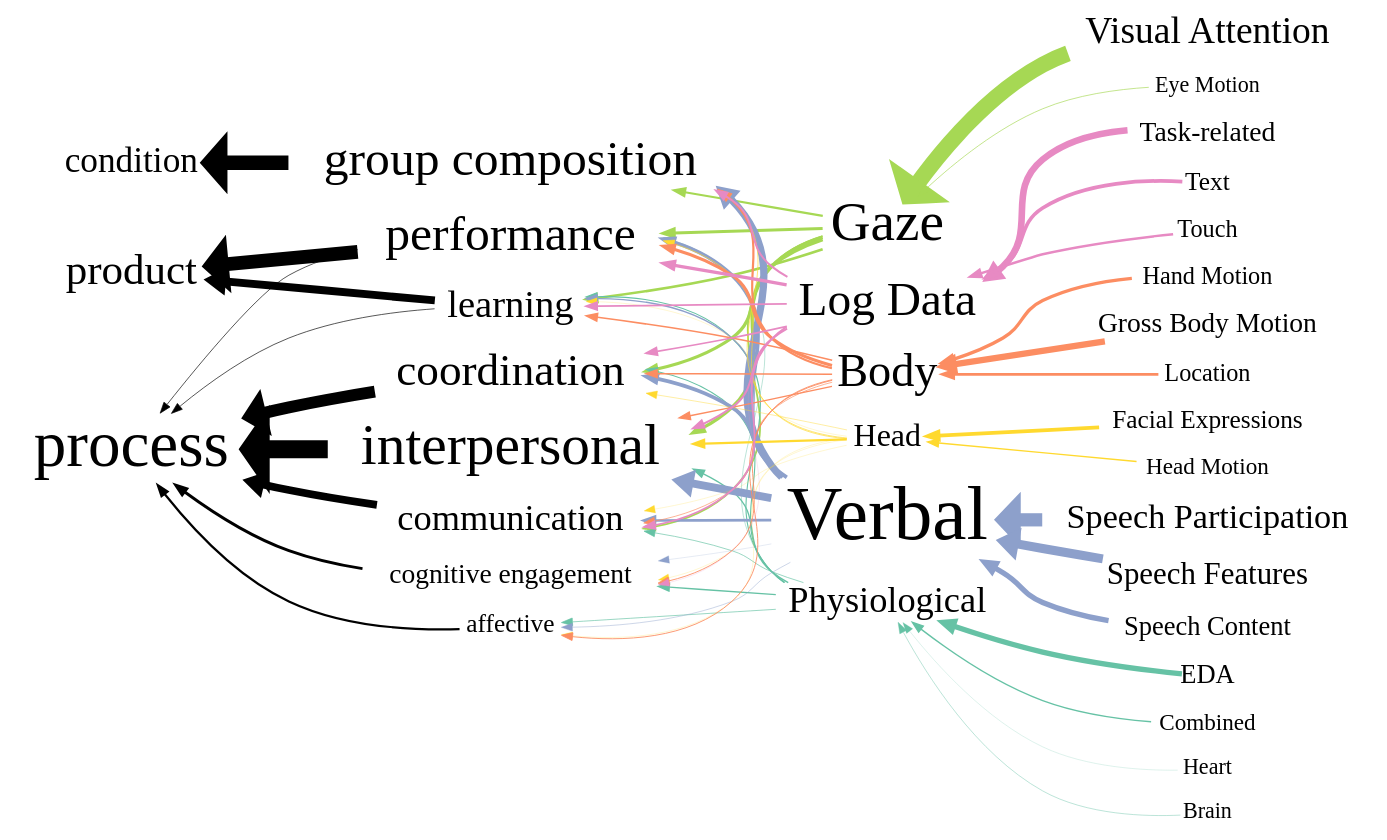
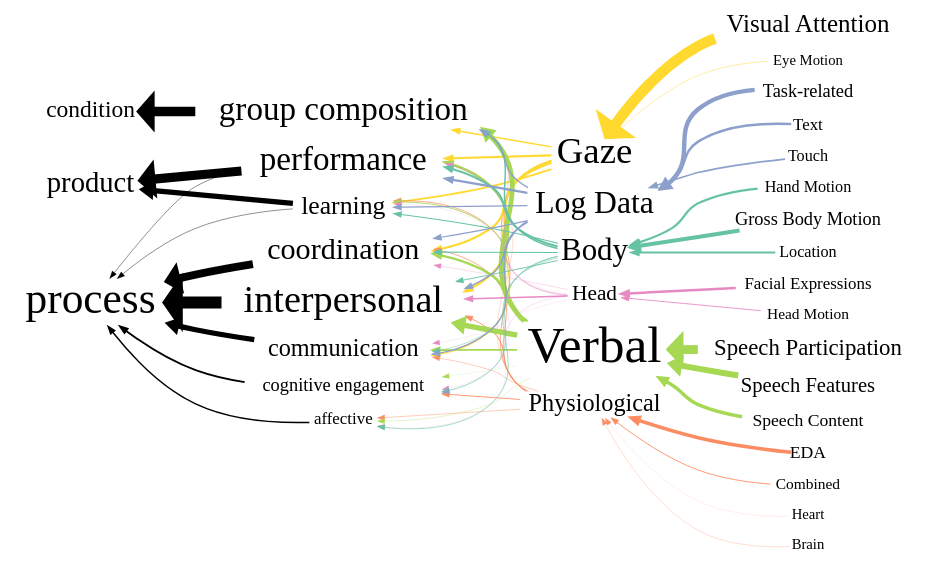
The diagram in graphviz/index.gv (hgse-schneider/mmca), drawn with Graphviz before and after one commit. The commit also changed 168 other files, not shown here.

First line of the commit message:
resized the graphs

```diff
--- a/graphviz/index.gv
+++ b/graphviz/index.gv
@@ -1,116 +1,116 @@
 digraph world {
-    size="15,15";
+    size="10,10";
     rankdir=RL;
-    graph [fontname = "Times new roman"];    node [fontname = "Times new roman", colorscheme=set28];    edge [fontname = "Times new roman", colorscheme=set28];	"Visual Attention" [shape=plain, tooltip="73", fontsize=34, href="Visual_Attention.svg", color="5"];
-	"Gaze" [shape=plain, tooltip="152", fontsize=50, href="Gaze.svg", color="5"];
+    graph [fontname = "Times new roman"];    node [fontname = "Times new roman", colorscheme=set28];    edge [fontname = "Times new roman", colorscheme=set28];	"Visual Attention" [shape=plain, tooltip="73", fontsize=34, href="Visual_Attention.svg", color="6"];
+	"Gaze" [shape=plain, tooltip="152", fontsize=50, href="Gaze.svg", color="6"];
 	"performance" [shape=plain, tooltip="130", fontsize=45, href="performance.svg", ];
 	"product" [shape=plain, tooltip="98", fontsize=39, href="product.svg", ];
 	"coordination" [shape=plain, tooltip="108", fontsize=41, href="coordination.svg", ];
 	"process" [shape=plain, tooltip="200", fontsize=59, href="process.svg", ];
-	"Eye Motion" [shape=plain, tooltip="3", fontsize=20, href="Eye_Motion.svg", color="5"];
-	"EDA" [shape=plain, tooltip="24", fontsize=24, href="EDA.svg", color="1"];
-	"Physiological" [shape=plain, tooltip="66", fontsize=33, href="Physiological.svg", color="1"];
+	"Eye Motion" [shape=plain, tooltip="3", fontsize=20, href="Eye_Motion.svg", color="6"];
+	"EDA" [shape=plain, tooltip="24", fontsize=24, href="EDA.svg", color="2"];
+	"Physiological" [shape=plain, tooltip="66", fontsize=33, href="Physiological.svg", color="2"];
 	"cognitive engagement" [shape=plain, tooltip="26", fontsize=25, href="cognitive_engagement.svg", ];
 	"affective" [shape=plain, tooltip="20", fontsize=23, href="affective.svg", ];
 	"learning" [shape=plain, tooltip="78", fontsize=35, href="learning.svg", ];
-	"Speech Participation" [shape=plain, tooltip="60", fontsize=31, href="Speech_Participation.svg", color="3"];
-	"Verbal" [shape=plain, tooltip="250", fontsize=70, href="Verbal.svg", color="3"];
+	"Speech Participation" [shape=plain, tooltip="60", fontsize=31, href="Speech_Participation.svg", color="5"];
+	"Verbal" [shape=plain, tooltip="250", fontsize=70, href="Verbal.svg", color="5"];
 	"interpersonal" [shape=plain, tooltip="164", fontsize=52, href="interpersonal.svg", ];
-	"Combined" [shape=plain, tooltip="6", fontsize=21, href="Combined.svg", color="1"];
+	"Combined" [shape=plain, tooltip="6", fontsize=21, href="Combined.svg", color="2"];
 	"group composition" [shape=plain, tooltip="130", fontsize=45, href="group_composition.svg", ];
 	"condition" [shape=plain, tooltip="65", fontsize=32, href="condition.svg", ];
-	"Speech Features" [shape=plain, tooltip="41", fontsize=28, href="Speech_Features.svg", color="3"];
-	"Facial Expressions" [shape=plain, tooltip="17", fontsize=23, href="Facial_Expressions.svg", color="6"];
-	"Head" [shape=plain, tooltip="46", fontsize=29, href="Head.svg", color="6"];
-	"Speech Content" [shape=plain, tooltip="24", fontsize=24, href="Speech_Content.svg", color="3"];
-	"Hand Motion" [shape=plain, tooltip="15", fontsize=22, href="Hand_Motion.svg", color="2"];
-	"Body" [shape=plain, tooltip="112", fontsize=42, href="Body.svg", color="2"];
-	"Task-related" [shape=plain, tooltip="30", fontsize=25, href="Task-related.svg", color="4"];
-	"Log Data" [shape=plain, tooltip="116", fontsize=43, href="Log_Data.svg", color="4"];
-	"Text" [shape=plain, tooltip="17", fontsize=23, href="Text.svg", color="4"];
-	"Gross Body Motion" [shape=plain, tooltip="28", fontsize=25, href="Gross_Body_Motion.svg", color="2"];
-	"Location" [shape=plain, tooltip="13", fontsize=22, href="Location.svg", color="2"];
-	"Head Motion" [shape=plain, tooltip="6", fontsize=21, href="Head_Motion.svg", color="6"];
-	"Touch" [shape=plain, tooltip="11", fontsize=22, href="Touch.svg", color="4"];
-	"Heart" [shape=plain, tooltip="1", fontsize=20, href="Heart.svg", color="1"];
+	"Speech Features" [shape=plain, tooltip="41", fontsize=28, href="Speech_Features.svg", color="5"];
+	"Facial Expressions" [shape=plain, tooltip="17", fontsize=23, href="Facial_Expressions.svg", color="4"];
+	"Head" [shape=plain, tooltip="46", fontsize=29, href="Head.svg", color="4"];
+	"Speech Content" [shape=plain, tooltip="24", fontsize=24, href="Speech_Content.svg", color="5"];
+	"Hand Motion" [shape=plain, tooltip="15", fontsize=22, href="Hand_Motion.svg", color="1"];
+	"Body" [shape=plain, tooltip="112", fontsize=42, href="Body.svg", color="1"];
+	"Task-related" [shape=plain, tooltip="30", fontsize=25, href="Task-related.svg", color="3"];
+	"Log Data" [shape=plain, tooltip="116", fontsize=43, href="Log_Data.svg", color="3"];
+	"Text" [shape=plain, tooltip="17", fontsize=23, href="Text.svg", color="3"];
+	"Gross Body Motion" [shape=plain, tooltip="28", fontsize=25, href="Gross_Body_Motion.svg", color="1"];
+	"Location" [shape=plain, tooltip="13", fontsize=22, href="Location.svg", color="1"];
+	"Head Motion" [shape=plain, tooltip="6", fontsize=21, href="Head_Motion.svg", color="4"];
+	"Touch" [shape=plain, tooltip="11", fontsize=22, href="Touch.svg", color="3"];
+	"Heart" [shape=plain, tooltip="1", fontsize=20, href="Heart.svg", color="2"];
 	"communication" [shape=plain, tooltip="70", fontsize=33, href="communication.svg", ];
-	"Brain" [shape=plain, tooltip="2", fontsize=20, href="Brain.svg", color="1"];
+	"Brain" [shape=plain, tooltip="2", fontsize=20, href="Brain.svg", color="2"];
 
 
-	{rank=same; "Location" "Combined" "Touch" "Speech Participation" "Gross Body Motion" "Task-related" "Brain" "EDA" "Visual Attention" "Heart" "Hand Motion" "Eye Motion" "Text" "Head Motion" "Speech Features" "Speech Content" "Facial Expressions";}
-	{rank=same; "Physiological" "Body" "Verbal" "Log Data" "Gaze" "Head";}
+	{rank=same; "Speech Features" "Text" "Combined" "Heart" "Hand Motion" "EDA" "Gross Body Motion" "Location" "Head Motion" "Touch" "Visual Attention" "Brain" "Facial Expressions" "Speech Content" "Eye Motion" "Speech Participation" "Task-related";}
+	{rank=same; "Body" "Physiological" "Log Data" "Head" "Verbal" "Gaze";}
 
 
-	"Visual Attention" -> "Gaze" [labeltooltip=73, penwidth=14.6, href="", color="5"];
-	"Gaze" -> "performance" [labeltooltip=14, penwidth=2.8, href="Gaze -> performance.gv.svg", color="5"];
+	"Visual Attention" -> "Gaze" [labeltooltip=73, penwidth=14.6, href="", color="6"];
+	"Gaze" -> "performance" [labeltooltip=14, penwidth=2.8, href="Gaze -> performance.gv.svg", color="6"];
 	"performance" -> "product" [labeltooltip=62, penwidth=12.4, href="", ];
-	"Gaze" -> "coordination" [labeltooltip=15, penwidth=3.0, href="Gaze -> coordination.gv.svg", color="5"];
+	"Gaze" -> "coordination" [labeltooltip=15, penwidth=3.0, href="Gaze -> coordination.gv.svg", color="6"];
 	"coordination" -> "process" [labeltooltip=54, penwidth=10.8, href="", ];
-	"Eye Motion" -> "Gaze" [labeltooltip=3, penwidth=0.6, href="", color="5"];
-	"EDA" -> "Physiological" [labeltooltip=24, penwidth=4.8, href="", color="1"];
-	"Physiological" -> "cognitive engagement" [labeltooltip=6, penwidth=1.2, href="Physiological -> cognitive engagement.gv.svg", color="1"];
+	"Eye Motion" -> "Gaze" [labeltooltip=3, penwidth=0.6, href="", color="6"];
+	"EDA" -> "Physiological" [labeltooltip=24, penwidth=4.8, href="", color="2"];
+	"Physiological" -> "cognitive engagement" [labeltooltip=6, penwidth=1.2, href="Physiological -> cognitive engagement.gv.svg", color="2"];
 	"cognitive engagement" -> "process" [labeltooltip=13, penwidth=2.6, href="", ];
-	"Physiological" -> "affective" [labeltooltip=3, penwidth=0.6, href="Physiological -> affective.gv.svg", color="1"];
+	"Physiological" -> "affective" [labeltooltip=3, penwidth=0.6, href="Physiological -> affective.gv.svg", color="2"];
 	"affective" -> "process" [labeltooltip=10, penwidth=2.0, href="", ];
-	"Physiological" -> "learning" [labeltooltip=5, penwidth=1.0, href="Physiological -> learning.gv.svg", color="1"];
+	"Physiological" -> "learning" [labeltooltip=5, penwidth=1.0, href="Physiological -> learning.gv.svg", color="2"];
 	"learning" -> "product" [labeltooltip=36, penwidth=7.2, href="", ];
-	"Speech Participation" -> "Verbal" [labeltooltip=60, penwidth=12.0, href="", color="3"];
-	"Verbal" -> "interpersonal" [labeltooltip=36, penwidth=7.2, href="Verbal -> interpersonal.gv.svg", color="3"];
+	"Speech Participation" -> "Verbal" [labeltooltip=60, penwidth=12.0, href="", color="5"];
+	"Verbal" -> "interpersonal" [labeltooltip=36, penwidth=7.2, href="Verbal -> interpersonal.gv.svg", color="5"];
 	"interpersonal" -> "process" [labeltooltip=82, penwidth=16.4, href="", ];
-	"Gaze" -> "interpersonal" [labeltooltip=15, penwidth=3.0, href="Gaze -> interpersonal.gv.svg", color="5"];
-	"Combined" -> "Physiological" [labeltooltip=6, penwidth=1.2, href="", color="1"];
-	"Verbal" -> "group composition" [labeltooltip=33, penwidth=6.6, href="Verbal -> group composition.gv.svg", color="3"];
+	"Gaze" -> "interpersonal" [labeltooltip=15, penwidth=3.0, href="Gaze -> interpersonal.gv.svg", color="6"];
+	"Combined" -> "Physiological" [labeltooltip=6, penwidth=1.2, href="", color="2"];
+	"Verbal" -> "group composition" [labeltooltip=33, penwidth=6.6, href="Verbal -> group composition.gv.svg", color="5"];
 	"group composition" -> "condition" [labeltooltip=65, penwidth=13.0, href="", ];
-	"Gaze" -> "group composition" [labeltooltip=10, penwidth=2.0, href="Gaze -> group composition.gv.svg", color="5"];
-	"Verbal" -> "performance" [labeltooltip=17, penwidth=3.4, href="Verbal -> performance.gv.svg", color="3"];
-	"Speech Features" -> "Verbal" [labeltooltip=41, penwidth=8.2, href="", color="3"];
-	"Facial Expressions" -> "Head" [labeltooltip=17, penwidth=3.4, href="", color="6"];
-	"Head" -> "interpersonal" [labeltooltip=10, penwidth=2.0, href="Head -> interpersonal.gv.svg", color="6"];
-	"Speech Content" -> "Verbal" [labeltooltip=24, penwidth=4.8, href="", color="3"];
-	"Gaze" -> "learning" [labeltooltip=12, penwidth=2.4, href="Gaze -> learning.gv.svg", color="5"];
-	"Verbal" -> "cognitive engagement" [labeltooltip=1, penwidth=0.2, href="Verbal -> cognitive engagement.gv.svg", color="3"];
-	"Head" -> "cognitive engagement" [labeltooltip=1, penwidth=0.2, href="Head -> cognitive engagement.gv.svg", color="6"];
-	"Hand Motion" -> "Body" [labeltooltip=15, penwidth=3.0, href="", color="2"];
-	"Body" -> "cognitive engagement" [labeltooltip=4, penwidth=0.8, href="Body -> cognitive engagement.gv.svg", color="2"];
-	"Verbal" -> "affective" [labeltooltip=2, penwidth=0.4, href="Verbal -> affective.gv.svg", color="3"];
-	"Head" -> "affective" [labeltooltip=1, penwidth=0.2, href="Head -> affective.gv.svg", color="6"];
-	"Body" -> "affective" [labeltooltip=4, penwidth=0.8, href="Body -> affective.gv.svg", color="2"];
-	"Verbal" -> "learning" [labeltooltip=6, penwidth=1.2, href="Verbal -> learning.gv.svg", color="3"];
+	"Gaze" -> "group composition" [labeltooltip=10, penwidth=2.0, href="Gaze -> group composition.gv.svg", color="6"];
+	"Verbal" -> "performance" [labeltooltip=17, penwidth=3.4, href="Verbal -> performance.gv.svg", color="5"];
+	"Speech Features" -> "Verbal" [labeltooltip=41, penwidth=8.2, href="", color="5"];
+	"Facial Expressions" -> "Head" [labeltooltip=17, penwidth=3.4, href="", color="4"];
+	"Head" -> "interpersonal" [labeltooltip=10, penwidth=2.0, href="Head -> interpersonal.gv.svg", color="4"];
+	"Speech Content" -> "Verbal" [labeltooltip=24, penwidth=4.8, href="", color="5"];
+	"Gaze" -> "learning" [labeltooltip=12, penwidth=2.4, href="Gaze -> learning.gv.svg", color="6"];
+	"Verbal" -> "cognitive engagement" [labeltooltip=1, penwidth=0.2, href="Verbal -> cognitive engagement.gv.svg", color="5"];
+	"Head" -> "cognitive engagement" [labeltooltip=1, penwidth=0.2, href="Head -> cognitive engagement.gv.svg", color="4"];
+	"Hand Motion" -> "Body" [labeltooltip=15, penwidth=3.0, href="", color="1"];
+	"Body" -> "cognitive engagement" [labeltooltip=4, penwidth=0.8, href="Body -> cognitive engagement.gv.svg", color="1"];
+	"Verbal" -> "affective" [labeltooltip=2, penwidth=0.4, href="Verbal -> affective.gv.svg", color="5"];
+	"Head" -> "affective" [labeltooltip=1, penwidth=0.2, href="Head -> affective.gv.svg", color="4"];
+	"Body" -> "affective" [labeltooltip=4, penwidth=0.8, href="Body -> affective.gv.svg", color="1"];
+	"Verbal" -> "learning" [labeltooltip=6, penwidth=1.2, href="Verbal -> learning.gv.svg", color="5"];
 	"learning" -> "process" [labeltooltip=3, penwidth=0.6, href="", ];
-	"Head" -> "learning" [labeltooltip=1, penwidth=0.2, href="Head -> learning.gv.svg", color="6"];
-	"Body" -> "learning" [labeltooltip=7, penwidth=1.4, href="Body -> learning.gv.svg", color="2"];
-	"Task-related" -> "Log Data" [labeltooltip=30, penwidth=6.0, href="", color="4"];
-	"Log Data" -> "performance" [labeltooltip=15, penwidth=3.0, href="Log Data -> performance.gv.svg", color="4"];
-	"Text" -> "Log Data" [labeltooltip=17, penwidth=3.4, href="", color="4"];
-	"Log Data" -> "learning" [labeltooltip=8, penwidth=1.6, href="Log Data -> learning.gv.svg", color="4"];
-	"Gross Body Motion" -> "Body" [labeltooltip=28, penwidth=5.6, href="", color="2"];
-	"Body" -> "performance" [labeltooltip=14, penwidth=2.8, href="Body -> performance.gv.svg", color="2"];
-	"Location" -> "Body" [labeltooltip=13, penwidth=2.6, href="", color="2"];
-	"Log Data" -> "group composition" [labeltooltip=9, penwidth=1.8, href="Log Data -> group composition.gv.svg", color="4"];
-	"Body" -> "group composition" [labeltooltip=10, penwidth=2.0, href="Body -> group composition.gv.svg", color="2"];
-	"Head Motion" -> "Head" [labeltooltip=6, penwidth=1.2, href="", color="6"];
-	"Head" -> "group composition" [labeltooltip=3, penwidth=0.6, href="Head -> group composition.gv.svg", color="6"];
-	"Verbal" -> "coordination" [labeltooltip=17, penwidth=3.4, href="Verbal -> coordination.gv.svg", color="3"];
-	"Touch" -> "Log Data" [labeltooltip=11, penwidth=2.2, href="", color="4"];
-	"Log Data" -> "coordination" [labeltooltip=8, penwidth=1.6, href="Log Data -> coordination.gv.svg", color="4"];
-	"Physiological" -> "coordination" [labeltooltip=5, penwidth=1.0, href="Physiological -> coordination.gv.svg", color="1"];
-	"Body" -> "coordination" [labeltooltip=7, penwidth=1.4, href="Body -> coordination.gv.svg", color="2"];
-	"Physiological" -> "performance" [labeltooltip=2, penwidth=0.4, href="Physiological -> performance.gv.svg", color="1"];
-	"Heart" -> "Physiological" [labeltooltip=1, penwidth=0.2, href="", color="1"];
-	"Head" -> "communication" [labeltooltip=1, penwidth=0.2, href="Head -> communication.gv.svg", color="6"];
+	"Head" -> "learning" [labeltooltip=1, penwidth=0.2, href="Head -> learning.gv.svg", color="4"];
+	"Body" -> "learning" [labeltooltip=7, penwidth=1.4, href="Body -> learning.gv.svg", color="1"];
+	"Task-related" -> "Log Data" [labeltooltip=30, penwidth=6.0, href="", color="3"];
+	"Log Data" -> "performance" [labeltooltip=15, penwidth=3.0, href="Log Data -> performance.gv.svg", color="3"];
+	"Text" -> "Log Data" [labeltooltip=17, penwidth=3.4, href="", color="3"];
+	"Log Data" -> "learning" [labeltooltip=8, penwidth=1.6, href="Log Data -> learning.gv.svg", color="3"];
+	"Gross Body Motion" -> "Body" [labeltooltip=28, penwidth=5.6, href="", color="1"];
+	"Body" -> "performance" [labeltooltip=14, penwidth=2.8, href="Body -> performance.gv.svg", color="1"];
+	"Location" -> "Body" [labeltooltip=13, penwidth=2.6, href="", color="1"];
+	"Log Data" -> "group composition" [labeltooltip=9, penwidth=1.8, href="Log Data -> group composition.gv.svg", color="3"];
+	"Body" -> "group composition" [labeltooltip=10, penwidth=2.0, href="Body -> group composition.gv.svg", color="1"];
+	"Head Motion" -> "Head" [labeltooltip=6, penwidth=1.2, href="", color="4"];
+	"Head" -> "group composition" [labeltooltip=3, penwidth=0.6, href="Head -> group composition.gv.svg", color="4"];
+	"Verbal" -> "coordination" [labeltooltip=17, penwidth=3.4, href="Verbal -> coordination.gv.svg", color="5"];
+	"Touch" -> "Log Data" [labeltooltip=11, penwidth=2.2, href="", color="3"];
+	"Log Data" -> "coordination" [labeltooltip=8, penwidth=1.6, href="Log Data -> coordination.gv.svg", color="3"];
+	"Physiological" -> "coordination" [labeltooltip=5, penwidth=1.0, href="Physiological -> coordination.gv.svg", color="2"];
+	"Body" -> "coordination" [labeltooltip=7, penwidth=1.4, href="Body -> coordination.gv.svg", color="1"];
+	"Physiological" -> "performance" [labeltooltip=2, penwidth=0.4, href="Physiological -> performance.gv.svg", color="2"];
+	"Heart" -> "Physiological" [labeltooltip=1, penwidth=0.2, href="", color="2"];
+	"Head" -> "communication" [labeltooltip=1, penwidth=0.2, href="Head -> communication.gv.svg", color="4"];
 	"communication" -> "process" [labeltooltip=35, penwidth=7.0, href="", ];
-	"Head" -> "performance" [labeltooltip=3, penwidth=0.6, href="Head -> performance.gv.svg", color="6"];
-	"Head" -> "coordination" [labeltooltip=2, penwidth=0.4, href="Head -> coordination.gv.svg", color="6"];
-	"Body" -> "interpersonal" [labeltooltip=6, penwidth=1.2, href="Body -> interpersonal.gv.svg", color="2"];
-	"Physiological" -> "interpersonal" [labeltooltip=6, penwidth=1.2, href="Physiological -> interpersonal.gv.svg", color="1"];
-	"Log Data" -> "interpersonal" [labeltooltip=9, penwidth=1.8, href="Log Data -> interpersonal.gv.svg", color="4"];
-	"Physiological" -> "communication" [labeltooltip=3, penwidth=0.6, href="Physiological -> communication.gv.svg", color="1"];
-	"Verbal" -> "communication" [labeltooltip=12, penwidth=2.4, href="Verbal -> communication.gv.svg", color="3"];
-	"Log Data" -> "communication" [labeltooltip=8, penwidth=1.6, href="Log Data -> communication.gv.svg", color="4"];
-	"Brain" -> "Physiological" [labeltooltip=2, penwidth=0.4, href="", color="1"];
-	"Body" -> "communication" [labeltooltip=3, penwidth=0.6, href="Body -> communication.gv.svg", color="2"];
-	"Gaze" -> "communication" [labeltooltip=8, penwidth=1.6, href="Gaze -> communication.gv.svg", color="5"];
-	"Log Data" -> "cognitive engagement" [labeltooltip=1, penwidth=0.2, href="Log Data -> cognitive engagement.gv.svg", color="4"];
+	"Head" -> "performance" [labeltooltip=3, penwidth=0.6, href="Head -> performance.gv.svg", color="4"];
+	"Head" -> "coordination" [labeltooltip=2, penwidth=0.4, href="Head -> coordination.gv.svg", color="4"];
+	"Body" -> "interpersonal" [labeltooltip=6, penwidth=1.2, href="Body -> interpersonal.gv.svg", color="1"];
+	"Physiological" -> "interpersonal" [labeltooltip=6, penwidth=1.2, href="Physiological -> interpersonal.gv.svg", color="2"];
+	"Log Data" -> "interpersonal" [labeltooltip=9, penwidth=1.8, href="Log Data -> interpersonal.gv.svg", color="3"];
+	"Physiological" -> "communication" [labeltooltip=3, penwidth=0.6, href="Physiological -> communication.gv.svg", color="2"];
+	"Verbal" -> "communication" [labeltooltip=12, penwidth=2.4, href="Verbal -> communication.gv.svg", color="5"];
+	"Log Data" -> "communication" [labeltooltip=8, penwidth=1.6, href="Log Data -> communication.gv.svg", color="3"];
+	"Brain" -> "Physiological" [labeltooltip=2, penwidth=0.4, href="", color="2"];
+	"Body" -> "communication" [labeltooltip=3, penwidth=0.6, href="Body -> communication.gv.svg", color="1"];
+	"Gaze" -> "communication" [labeltooltip=8, penwidth=1.6, href="Gaze -> communication.gv.svg", color="6"];
+	"Log Data" -> "cognitive engagement" [labeltooltip=1, penwidth=0.2, href="Log Data -> cognitive engagement.gv.svg", color="3"];
 	"performance" -> "process" [labeltooltip=3, penwidth=0.6, href="", ];
 
 
```
